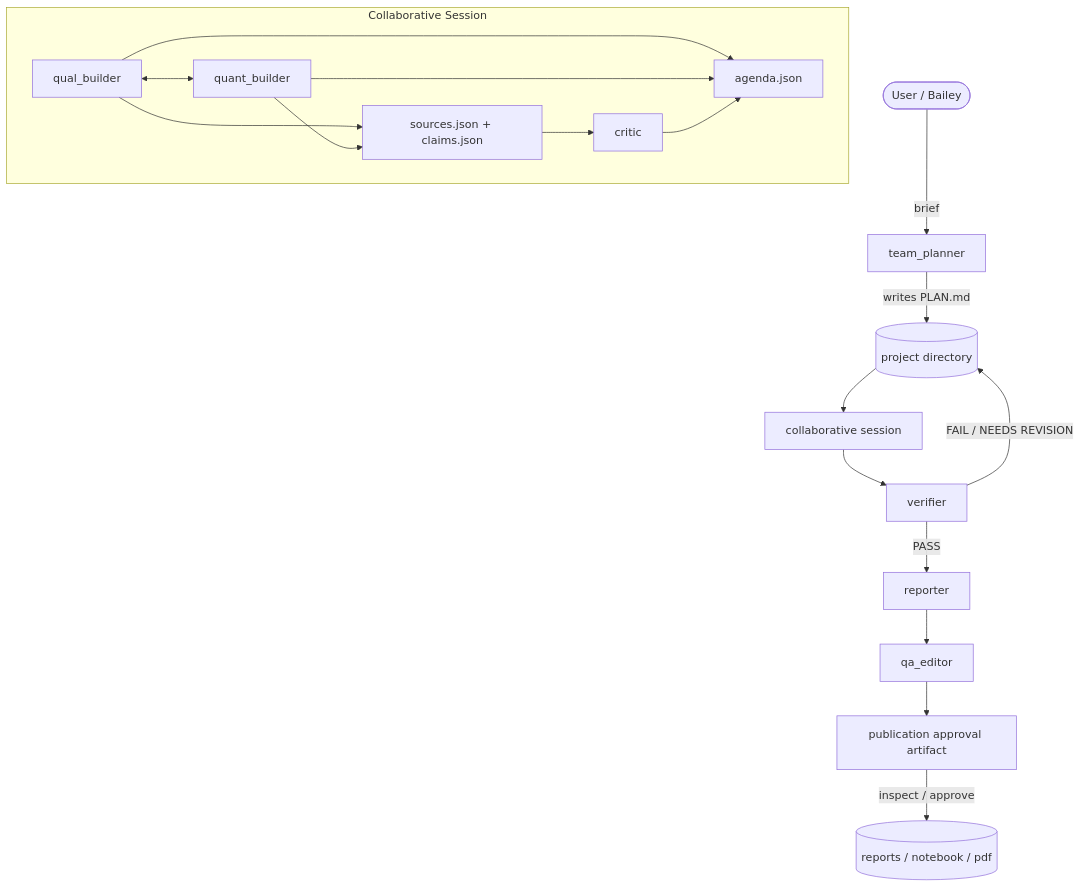
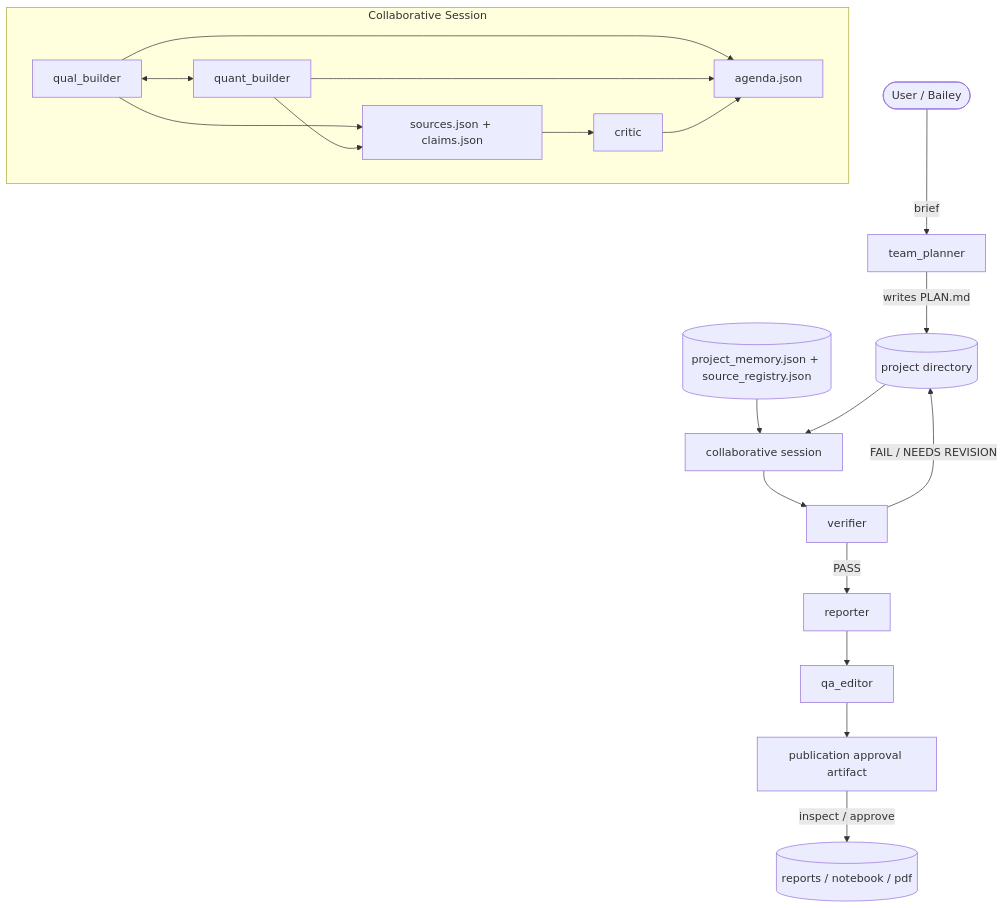
One commit to baileymcintosh/agents changed the diagram in ARCHITECTURE.md. Above: the diagram before and after it, drawn with Mermaid. The commit also changed other lines of this file and 15 other files, not shown here.

Commit message:
feat: add project memory, source registry, and agenda difficulty

````diff
--- a/ARCHITECTURE.md
+++ b/ARCHITECTURE.md
@@ -5,28 +5,29 @@
 ```mermaid
 flowchart TD
     U([User / Bailey]) -->|brief| TP[team_planner]
+    MEM[(project_memory.json + source_registry.json)] --> S
     TP -->|writes PLAN.md| P[(project directory)]
     P --> S[collaborative session]
 
     subgraph Collaborative Session
         QL[qual_builder]
         QT[quant_builder]
         CR[critic]
         AG[agenda.json]
         EV[sources.json + claims.json]
         QL <--> QT
         QL --> EV
         QT --> EV
         QL --> AG
         QT --> AG
         EV --> CR
         CR --> AG
     end
 
     S --> V[verifier]
     V -->|PASS| R[reporter]
     R --> QA[qa_editor]
     QA --> AP[publication approval artifact]
     V -->|FAIL / NEEDS REVISION| P
     AP -->|inspect / approve| O[(reports / notebook / pdf)]
 ```
````
